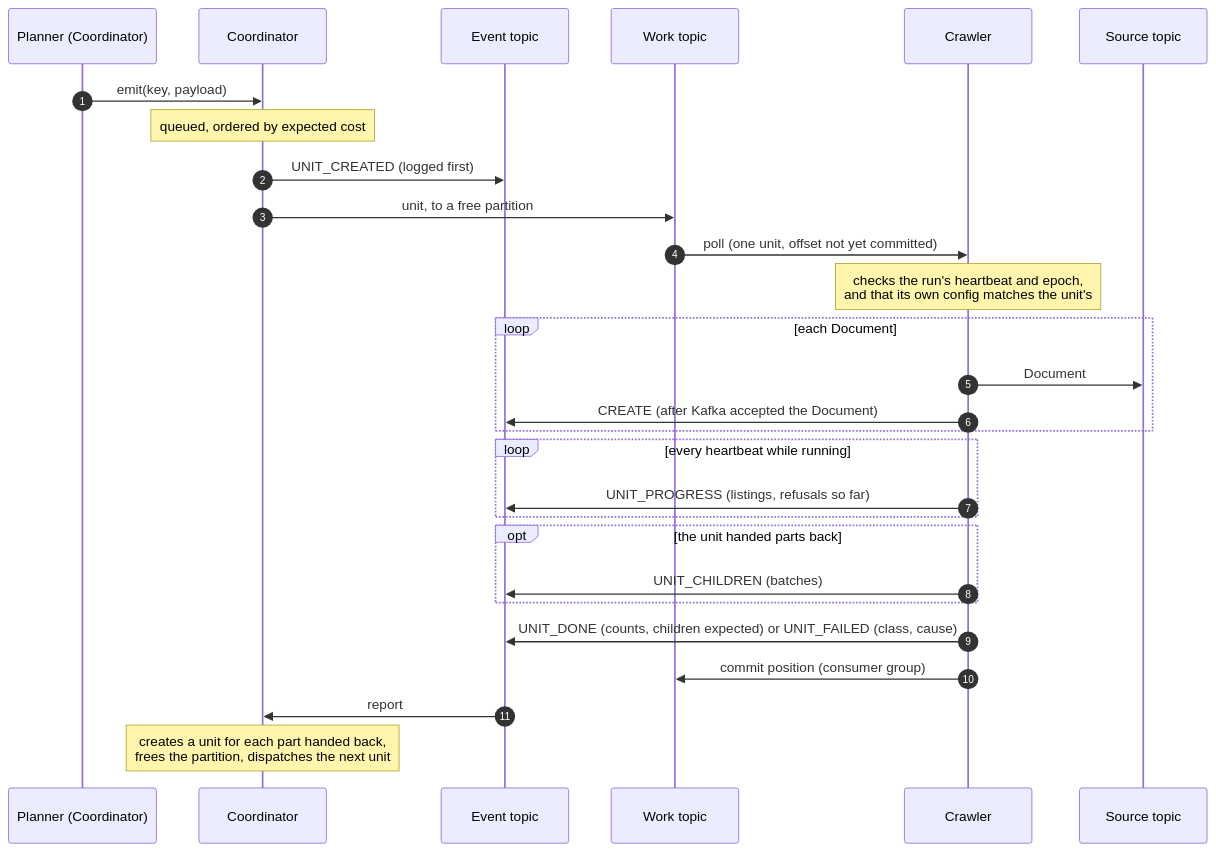
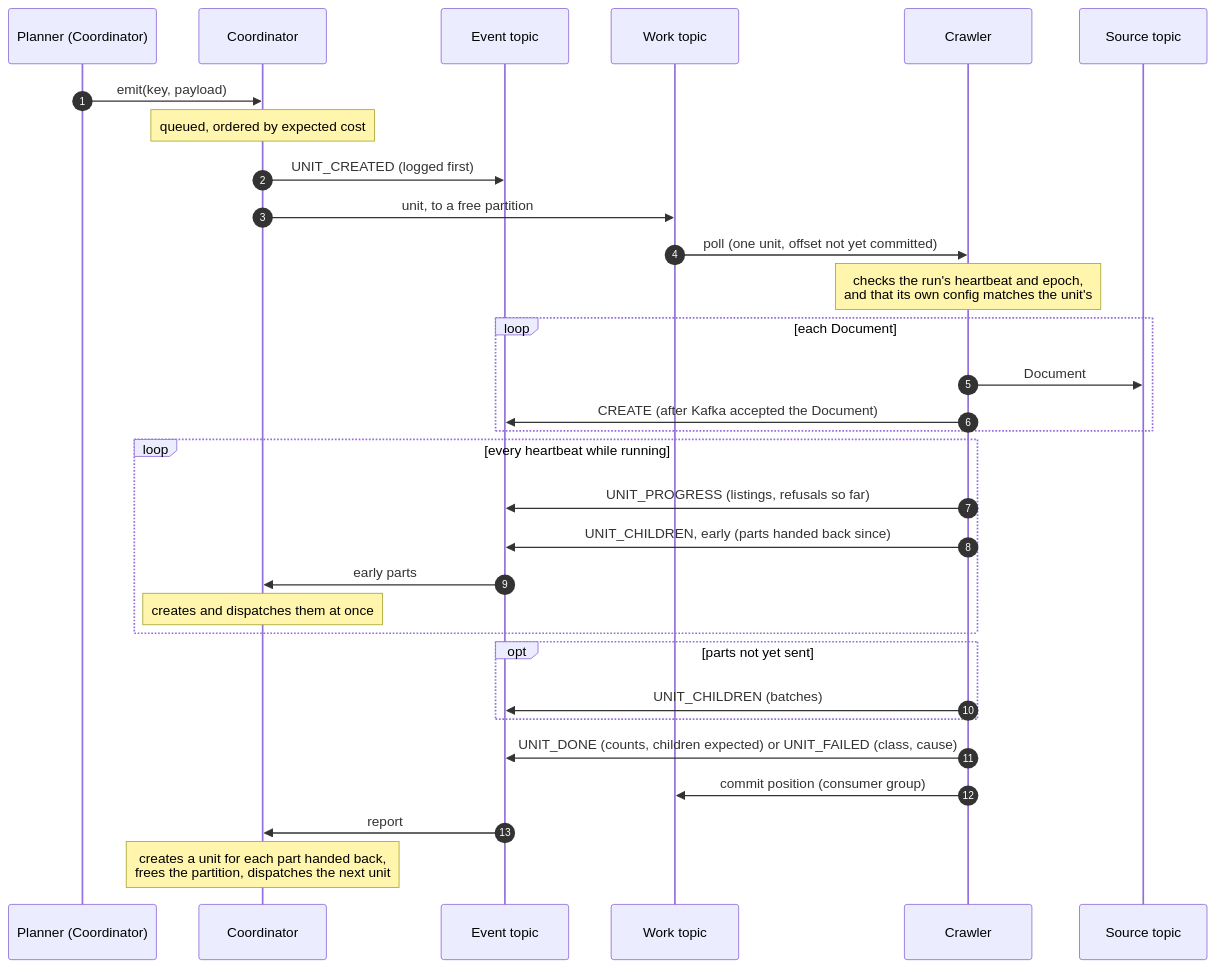
One commit to gsingers/lucille changed the second of 10 diagrams in doc/site/content/en/docs/architecture/overview/distributed-crawl.md. Above: the diagram before and after it, drawn with Mermaid. The commit also changed other lines of this file and 24 other files, not shown here.

````diff
--- a/doc/site/content/en/docs/architecture/overview/distributed-crawl.md
+++ b/doc/site/content/en/docs/architecture/overview/distributed-crawl.md
@@ -67,31 +67,34 @@
 ```mermaid
 sequenceDiagram
     autonumber
     participant Pl as Planner (Coordinator)
     participant Co as Coordinator
     participant ET as Event topic
     participant WT as Work topic
     participant Cr as Crawler
     participant ST as Source topic
 
     Pl->>Co: emit(key, payload)
     Note over Co: queued, ordered by expected cost
     Co->>ET: UNIT_CREATED (logged first)
     Co->>WT: unit, to a free partition
     WT->>Cr: poll (one unit, offset not yet committed)
     Note over Cr: checks the run's heartbeat and epoch,<br/>and that its own config matches the unit's
     loop each Document
         Cr->>ST: Document
         Cr->>ET: CREATE (after Kafka accepted the Document)
     end
     loop every heartbeat while running
         Cr->>ET: UNIT_PROGRESS (listings, refusals so far)
+        Cr->>ET: UNIT_CHILDREN, early (parts handed back since)
+        ET->>Co: early parts
+        Note over Co: creates and dispatches them at once
     end
-    opt the unit handed parts back
+    opt parts not yet sent
         Cr->>ET: UNIT_CHILDREN (batches)
     end
     Cr->>ET: UNIT_DONE (counts, children expected) or UNIT_FAILED (class, cause)
     Cr->>WT: commit position (consumer group)
     ET->>Co: report
     Note over Co: creates a unit for each part handed back,<br/>frees the partition, dispatches the next unit
 ```
````
